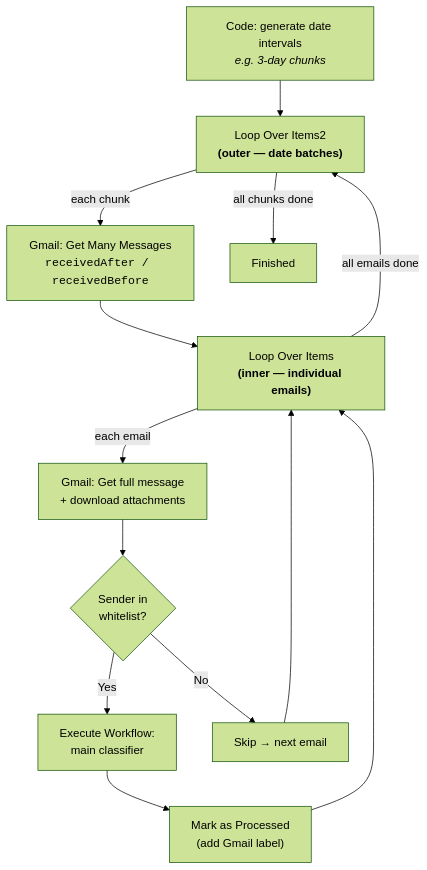
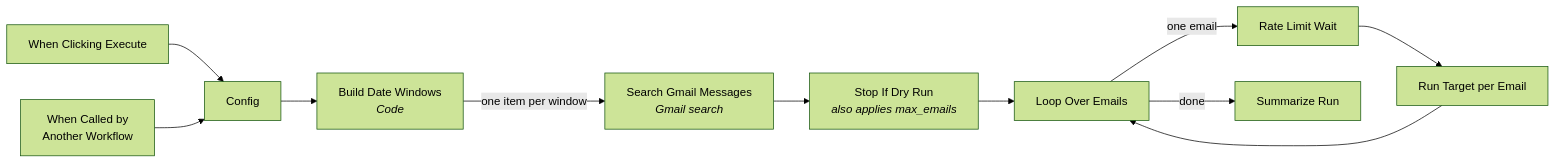
Before and after one commit to runfish5/micro-services: the diagram in projects/n8n/04_inbox-attachment-organizer/docs/gmail-processor-datesize.md, drawn with Mermaid (forest theme). The commit also changed other lines of this file and 5 other files, not shown here.

````diff
--- a/projects/n8n/04_inbox-attachment-organizer/docs/gmail-processor-datesize.md
+++ b/projects/n8n/04_inbox-attachment-organizer/docs/gmail-processor-datesize.md
@@ -34,15 +18,11 @@
 ```mermaid
-flowchart TD
-    CODE["Code: generate date intervals<br/><i>e.g. 3-day chunks</i>"] --> OUTER["Loop Over Items2<br/><b>(outer — date batches)</b>"]
-    OUTER -->|each chunk| GMAIL["Gmail: Get Many Messages<br/><code>receivedAfter / receivedBefore</code>"]
-    GMAIL --> INNER["Loop Over Items<br/><b>(inner — individual emails)</b>"]
-    INNER -->|each email| FETCH["Gmail: Get full message<br/>+ download attachments"]
-    FETCH --> IF{"Sender in<br/>whitelist?"}
-    IF -->|Yes| ANALYZE["Execute Workflow:<br/>main classifier"]
-    IF -->|No| SKIP["Skip → next email"]
-    ANALYZE --> MARK["Mark as Processed<br/>(add Gmail label)"]
-    MARK --> INNER
-    SKIP --> INNER
-    INNER -->|"all emails done"| OUTER
-    OUTER -->|"all chunks done"| DONE["Finished"]
+flowchart LR
+    M["When Clicking Execute"] --> C["Config"]
+    S["When Called by<br/>Another Workflow"] --> C
+    C --> D["Build Date Windows<br/><i>Code</i>"]
+    D -->|"one item per window"| F["Search Gmail Messages<br/><i>Gmail search</i>"]
+    F --> X["Stop If Dry Run<br/><i>also applies max_emails</i>"]
+    X --> L["Loop Over Emails"]
+    L -->|"one email"| W["Rate Limit Wait"] --> T["Run Target per Email"] --> L
+    L -->|"done"| R["Summarize Run"]
 ```
````
